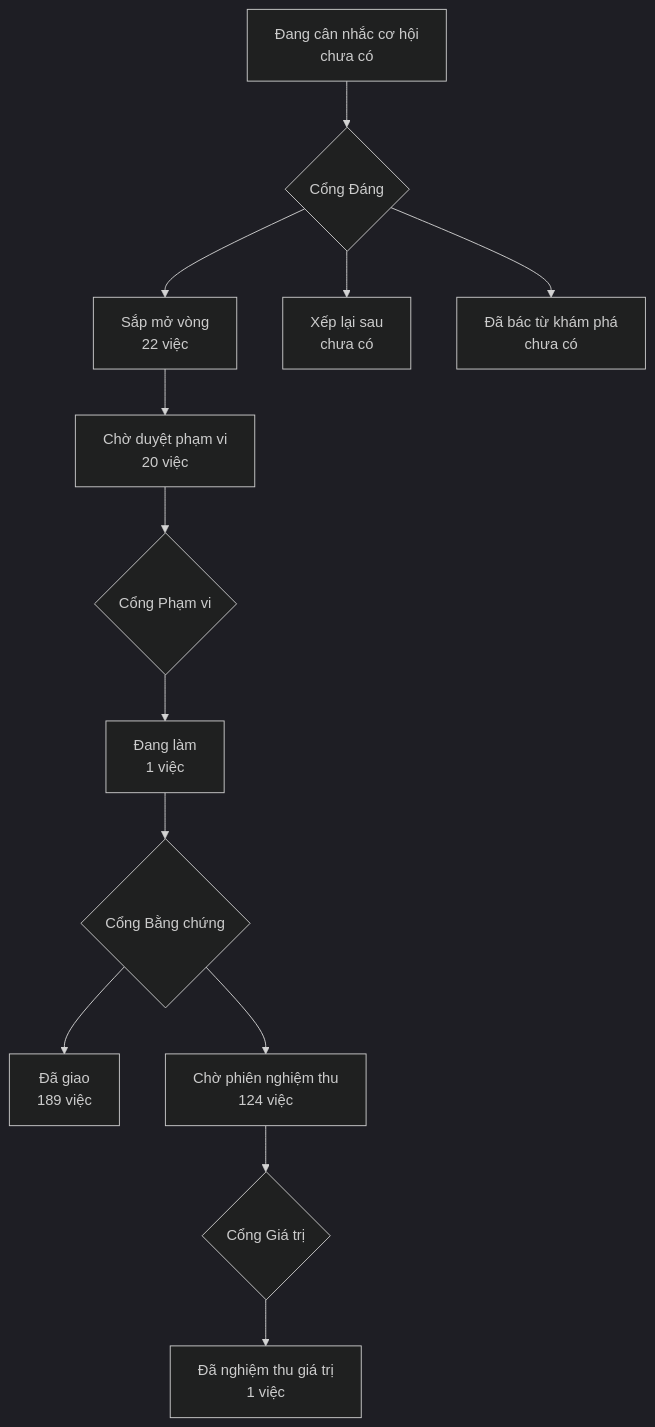
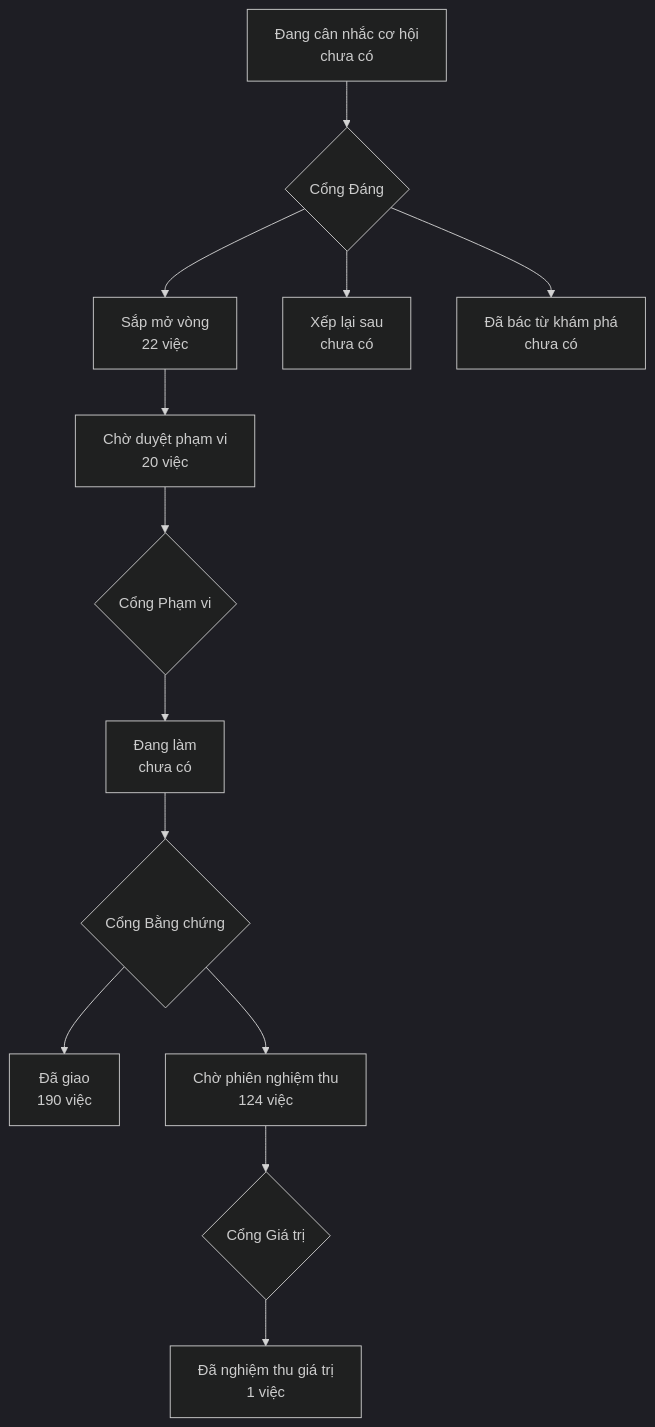
One commit to phanlemanh/onehub-invest changed the diagram in PRODUCT-MAP.md. Above: the diagram before and after it, drawn with Mermaid (dark theme). The commit also changed other lines of this file and 6 other files, not shown here.

````diff
--- a/PRODUCT-MAP.md
+++ b/PRODUCT-MAP.md
@@ -7,12 +7,12 @@
 ```mermaid
 flowchart TD
   A["Đang cân nhắc cơ hội<br/>chưa có"] --> GD{"Cổng Đáng"}
   GD --> B["Sắp mở vòng<br/>22 việc"]
   GD --> XL["Xếp lại sau<br/>chưa có"]
   GD --> DB["Đã bác từ khám phá<br/>chưa có"]
   B --> CD["Chờ duyệt phạm vi<br/>20 việc"] --> GP{"Cổng Phạm vi"}
-  GP --> DL["Đang làm<br/>1 việc"] --> GB{"Cổng Bằng chứng"}
-  GB --> DG["Đã giao<br/>189 việc"]
+  GP --> DL["Đang làm<br/>chưa có"] --> GB{"Cổng Bằng chứng"}
+  GB --> DG["Đã giao<br/>190 việc"]
   GB --> CN["Chờ phiên nghiệm thu<br/>124 việc"] --> GG{"Cổng Giá trị"}
   GG --> NT["Đã nghiệm thu giá trị<br/>1 việc"]
 ```
````
